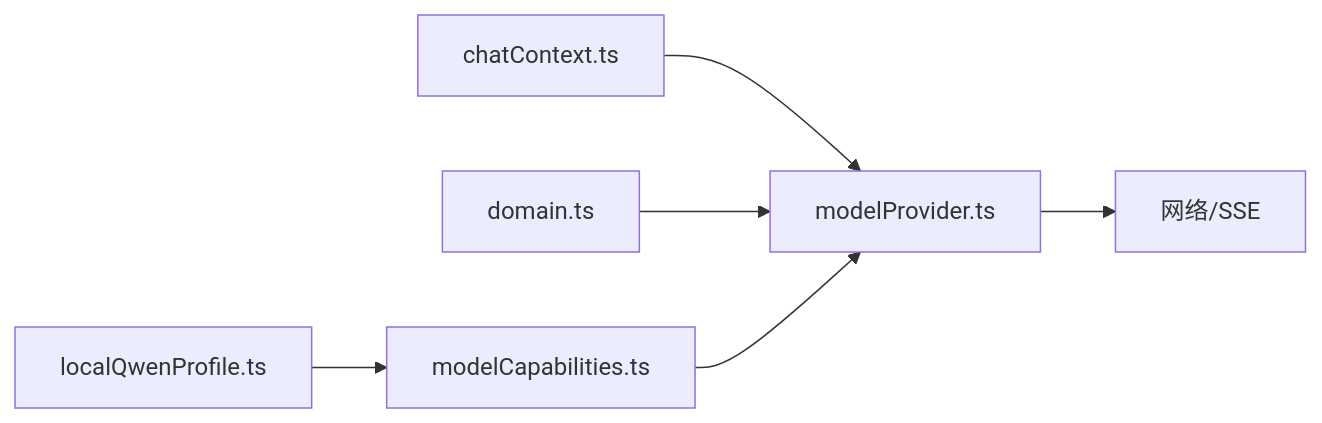
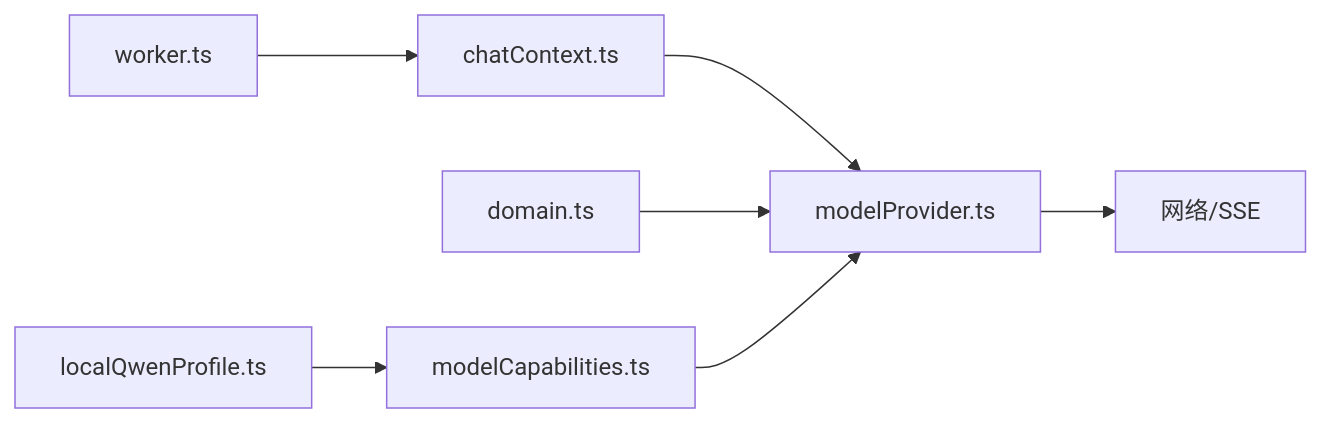
Before and after one commit to dyx-9163/ai-aifar: the eighth of 8 diagrams in .qoder/repowiki/zh/content/项目概述/核心特性/多模型支持/上下文压缩.md, drawn with Mermaid. The commit also changed other lines of this file and 37 other files, not shown here.

````diff
--- a/.qoder/repowiki/zh/content/项目概述/核心特性/多模型支持/上下文压缩.md
+++ b/.qoder/repowiki/zh/content/项目概述/核心特性/多模型支持/上下文压缩.md
@@ -297,8 +370,9 @@
 ```mermaid
 graph LR
 ChatCtx["chatContext.ts"] --> MP["modelProvider.ts"]
+Worker["worker.ts"] --> ChatCtx
 Domain["domain.ts"] --> MP
 Cap["modelCapabilities.ts"] --> MP
 LQ["localQwenProfile.ts"] --> Cap
 MP --> Net["网络/SSE"]
 ```
````
